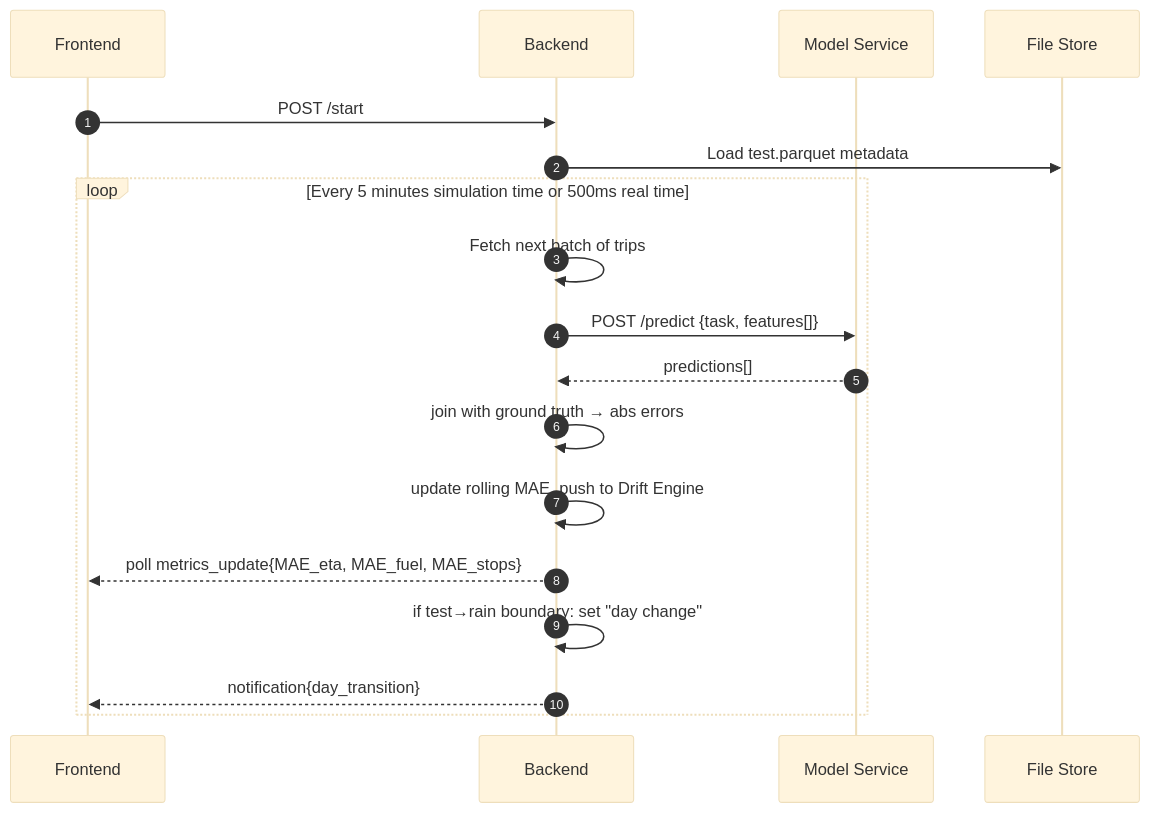
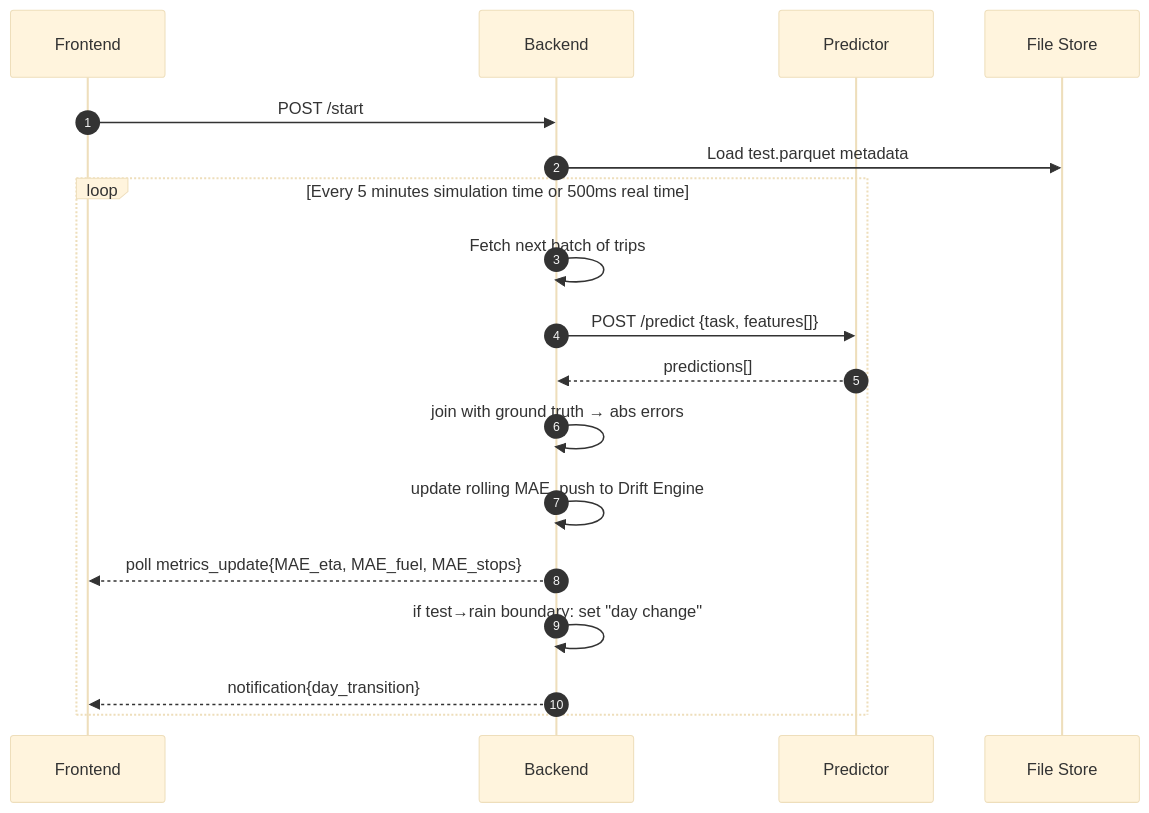
The second of 4 diagrams in platform.md (geokyr/diploma-thesis), drawn with Mermaid (base theme) before and after one commit. The commit also changed other lines of this file, not shown here.

````diff
--- a/platform.md
+++ b/platform.md
@@ -106,21 +121,21 @@
 ```mermaid
 sequenceDiagram
   autonumber
   participant UI as Frontend
   participant BE as Backend
-  participant MS as Model Service
+  participant PR as Predictor
   participant FS as File Store
 
   UI->>BE: POST /start
   BE->>FS: Load test.parquet metadata
   loop Every 5 minutes simulation time or 500ms real time
     BE->>BE: Fetch next batch of trips
-    BE->>MS: POST /predict {task, features[]}
-    MS-->>BE: predictions[]
+    BE->>PR: POST /predict {task, features[]}
+    PR-->>BE: predictions[]
     BE->>BE: join with ground truth → abs errors
     BE->>BE: update rolling MAE, push to Drift Engine
     BE-->>UI: poll metrics_update{MAE_eta, MAE_fuel, MAE_stops}
     BE->>BE: if test→rain boundary: set "day change"
     BE-->>UI: notification{day_transition}
   end
 ```
````
